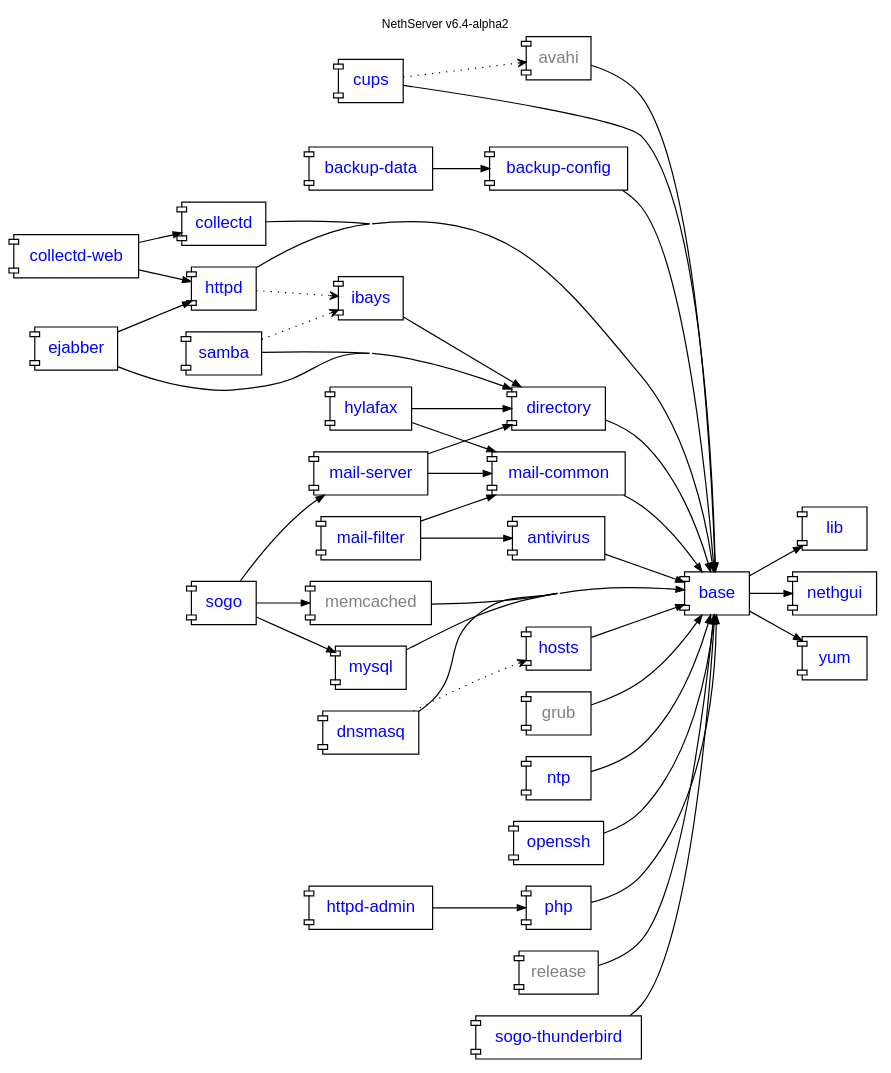
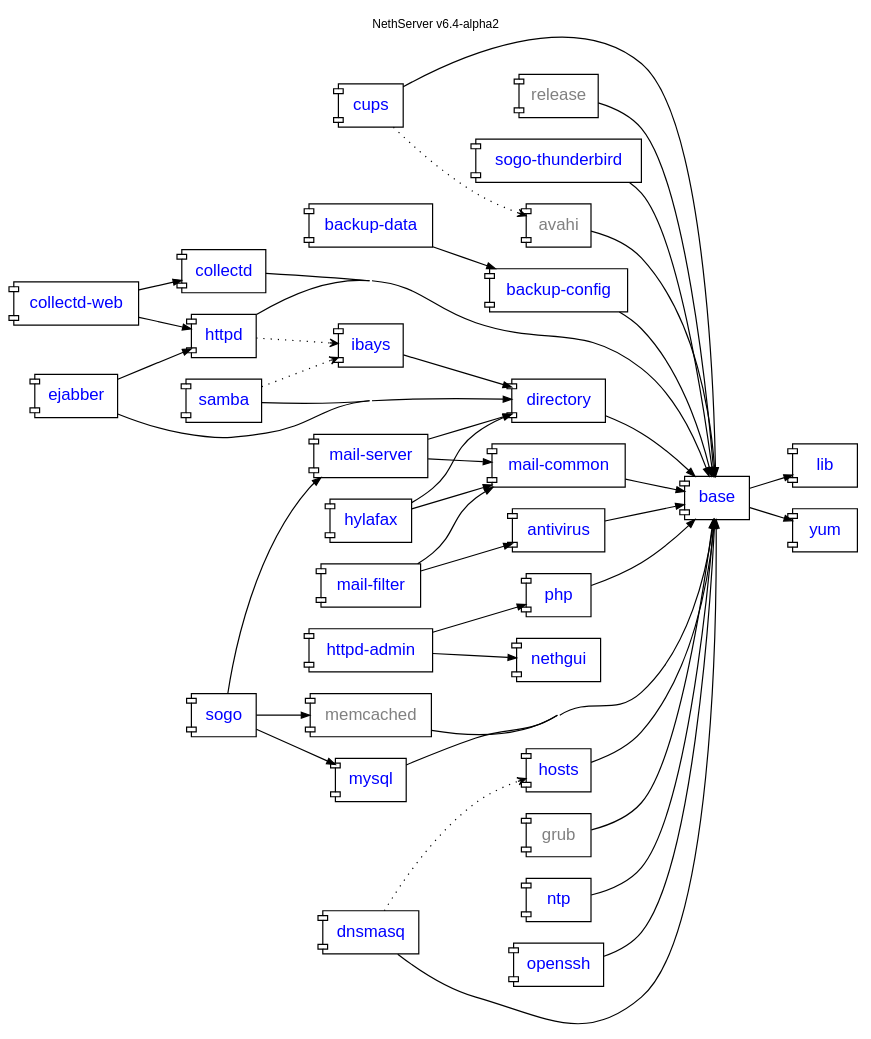
The diagram in nethserver/package-dependencies.dot (nethesis/dev-nethesis-it), drawn with Graphviz before and after one commit.

Commit message:
package-dependencies: nethgui requirement moved to httpd_admin

```diff
--- a/nethserver/package-dependencies.dot
+++ b/nethserver/package-dependencies.dot
@@ -1,85 +1,85 @@
 digraph "v6.4-alpha2" {
     rankdir = "LR"; compound = true; concentrate = true; fontname = "Helvetica"; fontnames="svg"; fontsize=10.0; label="NethServer v6.4-alpha2"; labelloc = "t"
 
     node [shape="component",fontname="Helvetica"];
     edge [arrowsize=0.7];
 
     antivirus [fontcolor=blue,URL="http://dev.nethesis.it/projects/nethserver/wiki/nethserver-antivirus"];
     avahi [fontcolor=gray];
     backup_config [label="backup-config",fontcolor=blue,URL="http://dev.nethesis.it/projects/nethserver/wiki/nethserver-backup"];
     backup_data [label="backup-data",fontcolor=blue,URL="http://dev.nethesis.it/projects/nethserver/wiki/nethserver-backup"];   
     base [fontcolor=blue,URL="http://dev.nethesis.it/projects/nethserver/wiki/nethserver-base"];
     collectd [fontcolor=blue,URL="http://dev.nethesis.it/projects/nethserver/wiki/nethserver-collectd"];
     collectd_web [label="collectd-web",fontcolor=blue,URL="http://dev.nethesis.it/projects/nethserver/wiki/nethserver-collectd-web"];
     cups [fontcolor=blue,URL="http://dev.nethesis.it/projects/nethserver-cups/wiki/nethserver-cups"];
     directory [fontcolor=blue,URL="http://dev.nethesis.it/projects/nethserver/wiki/nethserver-directory"];
     dnsmasq [fontcolor=blue,URL="http://dev.nethesis.it/projects/nethserver/wiki/nethserver-dnsmasq"];
     ejabber [fontcolor=blue,URL="http://dev.nethesis.it/projects/nethserver-ejabberd/wiki/nethserver-ejabberd"];
     grub [fontcolor=gray];
     hosts [fontcolor=blue,URL="http://dev.nethesis.it/projects/nethserver/wiki/nethserver-hosts"];
     httpd_admin [fontcolor=blue,label="httpd-admin",URL="http://dev.nethesis.it/projects/nethserver/wiki/nethserver-httpd-admin"];
     httpd [fontcolor=blue,URL="http://dev.nethesis.it/projects/nethserver/wiki/nethserver-httpd"];
     hylafax [fontcolor=blue,URL="http://dev.nethesis.it/projects/nethserver-hylafax/wiki/nethserver-hylafax"];
     ibays [fontcolor=blue,URL="http://dev.nethesis.it/projects/nethserver/wiki/nethserver-ibays"];
     lib [fontcolor=blue,URL="http://dev.nethesis.it/projects/nethserver/wiki/nethserver-lib"];
     mail_common [label="mail-common",fontcolor=blue,URL="http://dev.nethesis.it/projects/nethserver/wiki/nethserver-mail-common"];
     mail_filter [label="mail-filter",fontcolor=blue,URL="http://dev.nethesis.it/projects/nethserver/wiki/nethserver-mail-filter"];
     mail_server [label="mail-server",fontcolor=blue,URL="http://dev.nethesis.it/projects/nethserver/wiki/nethserver-mail-server"];
     memcached [fontcolor=gray];
     mysql [fontcolor=blue,URL="http://dev.nethesis.it/projects/nethserver/wiki/nethserver-mysql"];
     nethgui [fontcolor=blue,URL="http://dev.nethesis.it/projects/nethgui"];
     ntp [fontcolor=blue,URL="http://dev.nethesis.it/projects/nethserver/wiki/nethserver-ntp"];
     openssh [fontcolor=blue,URL="http://dev.nethesis.it/projects/nethserver/wiki/nethserver-openssh"];
     php [fontcolor=blue,URL="http://dev.nethesis.it/projects/nethserver/wiki/nethserver-php"];
     release [fontcolor=gray];
     samba [fontcolor=blue,URL="http://dev.nethesis.it/projects/nethserver/wiki/nethserver-samba"];
     sogo [fontcolor=blue,URL="https://dev.nethesis.it/projects/nethserver/wiki/nethserver-sogo"];
     sogo_thunderbird [label="sogo-thunderbird",fontcolor=blue,URL="https://dev.nethesis.it/projects/nethserver/wiki/nethserver-sogo-thunderbird"];
     yum [fontcolor=blue,URL="http://dev.nethesis.it/projects/nethserver/wiki/nethserver-yum"];
 		 
    
     
     base -> lib
-    base -> nethgui
     openssh -> base
     directory -> base
     samba -> directory
     ibays -> directory
     httpd -> base
     httpd -> ibays [style=dotted,arrowhead=vee];
     dnsmasq -> hosts [style=dotted,arrowhead=vee];
     dnsmasq -> base
     hosts -> base
     httpd_admin -> php
+    httpd_admin -> nethgui
     samba -> ibays [style=dotted,arrowhead=vee];
     base -> yum
     ntp -> base
     php -> base
     mail_server -> directory
     mail_server -> mail_common
     mail_filter -> mail_common
     mail_filter -> antivirus
     mail_common -> base
     antivirus -> base
     release -> base
     grub -> base
     cups -> base
     avahi -> base
     cups -> avahi [style=dotted,arrowhead=vee];
     ejabber -> directory
     ejabber -> httpd
     mysql -> base
     hylafax -> directory
     hylafax -> mail_common
     sogo -> memcached
     sogo -> mail_server
     sogo -> mysql
     sogo_thunderbird -> base
     memcached -> base
     collectd -> base
     collectd_web -> collectd
     collectd_web -> httpd
     backup_config -> base
     backup_data -> backup_config
 
 }
```
